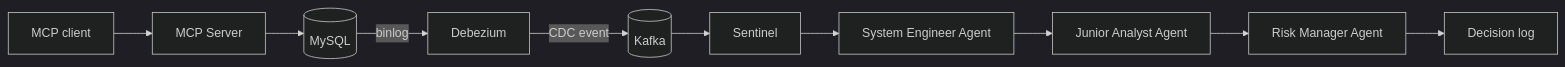
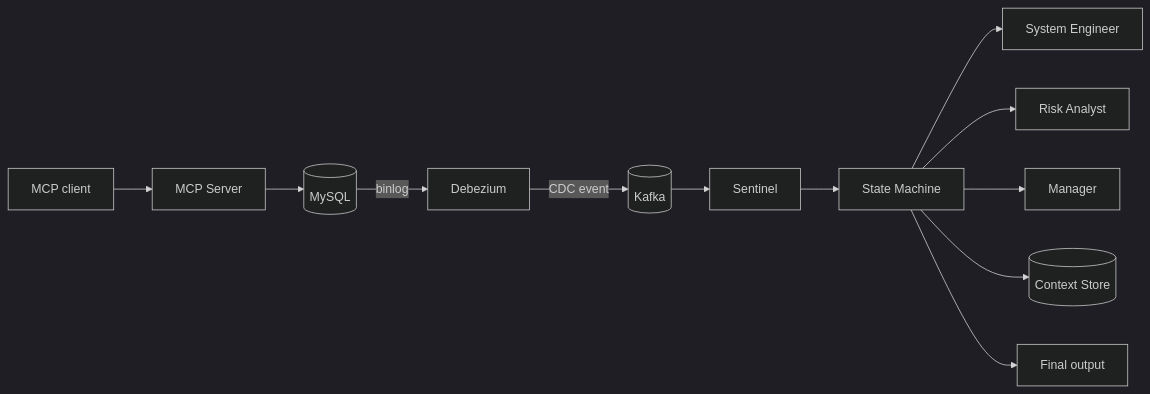
One commit to Zheng-Chuan/RiskMonitor-MultiAgent changed the first of 3 diagrams in docs/ARCHITECTURE.md. Above: the diagram before and after it, drawn with Mermaid (dark theme). The commit also changed other lines of this file and 38 other files, not shown here.

````diff
--- a/docs/ARCHITECTURE.md
+++ b/docs/ARCHITECTURE.md
@@ -15,13 +15,15 @@
 ```mermaid
 flowchart LR
   DB[(MySQL)] -->|binlog| Deb[Debezium]
   Deb -->|CDC event| K[(Kafka)]
   K --> Sen[Sentinel]
-  Sen --> Eng[System Engineer Agent]
-  Eng --> Ana[Junior Analyst Agent]
-  Ana --> Mgr[Risk Manager Agent]
-  Mgr --> Out[Decision log]
+  Sen --> SM[State Machine]
+  SM --> Eng[System Engineer]
+  SM --> Ana[Risk Analyst]
+  SM --> Mgr[Manager]
+  SM --> CS[(Context Store)]
+  SM --> Out[Final output]
 
   Client[MCP client] --> MCP[MCP Server]
   MCP --> DB
 ```
````
